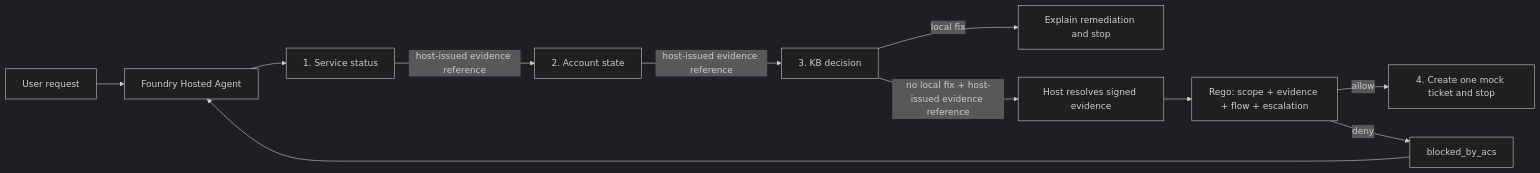
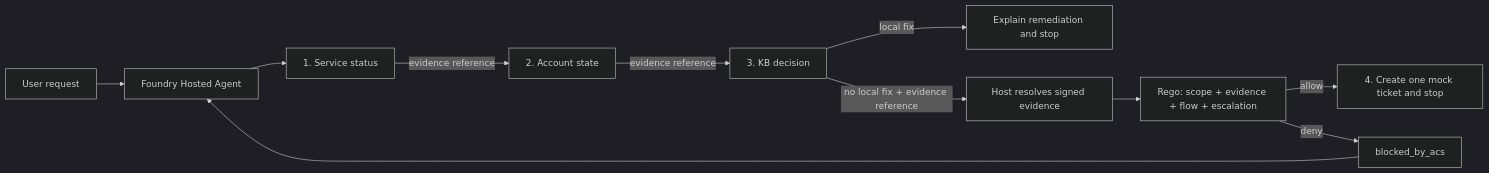
Before and after one commit to placerda/safe-agent-on-foundry: the diagram in README.md, drawn with Mermaid (dark theme). The commit also changed other lines of this file and 2 other files, not shown here.

````diff
--- a/README.md
+++ b/README.md
@@ -42,13 +53,13 @@
 ```mermaid
 flowchart LR
     U[User request] --> H[Foundry Hosted Agent]
     H --> S[1. Service status]
-    S -->|host-issued evidence reference| A[2. Account state]
-    A -->|host-issued evidence reference| K[3. KB decision]
+    S -->|evidence reference| A[2. Account state]
+    A -->|evidence reference| K[3. KB decision]
     K -->|local fix| R[Explain remediation and stop]
-    K -->|no local fix + host-issued evidence reference| M[Host resolves signed evidence]
+    K -->|no local fix + evidence reference| M[Host resolves signed evidence]
     M --> P[Rego: scope + evidence + flow + escalation]
     P -->|allow| T[4. Create one mock ticket and stop]
     P -->|deny| B[blocked_by_acs]
     B --> H
 ```
````
